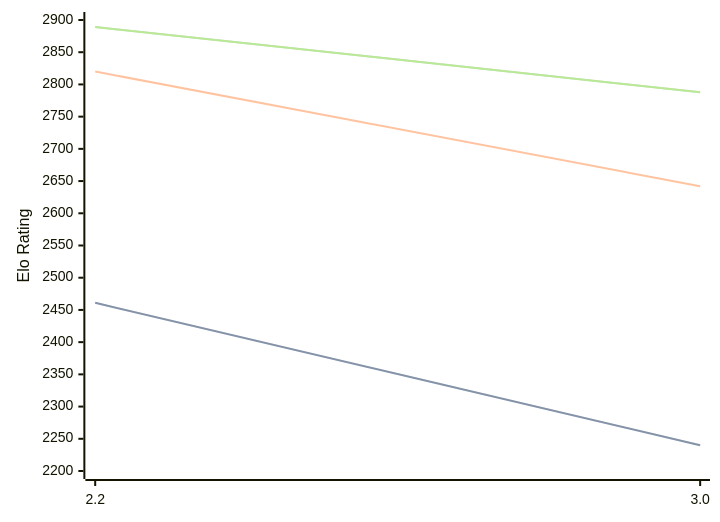
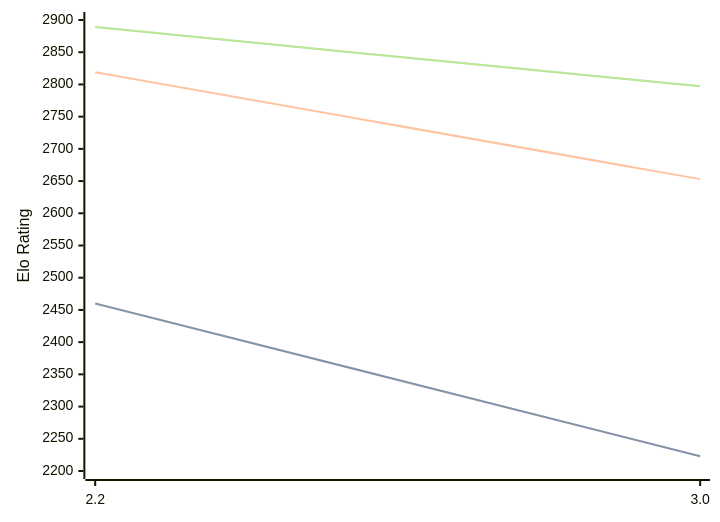
Before and after one commit to computer-chess-index/cci: the third of 3 diagrams in engines/Thrawn.md, drawn with Mermaid. The commit also changed other lines of this file, not shown here.

Commit message:
Update CCI Ratings (ELO VLTC) - 2026-06-26

````diff
--- a/engines/Thrawn.md
+++ b/engines/Thrawn.md
@@ -73,11 +73,11 @@
 ```mermaid
 %%{init: {"theme":"base","themeVariables":{"seriesColors:['#a3a3a3','#222221','#faa371']}}}%%
 xychart-beta
   x-axis ["2.2", "3.0"]
   y-axis "Elo Rating" 2200 --> 2900
-  line "STC (8.0+0.08s)" [2461, 2240]
-  line "STC (8.0+0.08s)" [2461, 2240]
-  line "LTC (60.0+0.60s)" [2820, 2642]
-  line "VLTC (2m24s+1.12s)" [2889, 2788]
-  line "VLTC (2m24s+1.12s)" [2889, 2788]
+  line "STC (8.0+0.08s)" [2460, 2223]
+  line "STC (8.0+0.08s)" [2460, 2223]
+  line "LTC (60.0+0.60s)" [2819, 2653]
+  line "VLTC (2m24s+1.12s)" [2889, 2797]
+  line "VLTC (2m24s+1.12s)" [2889, 2797]
 ```
````
